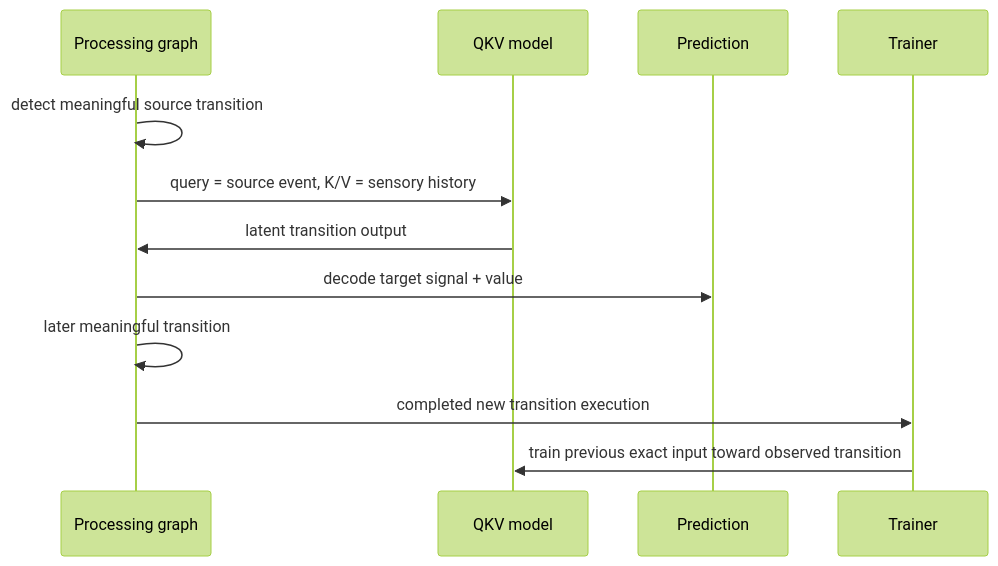
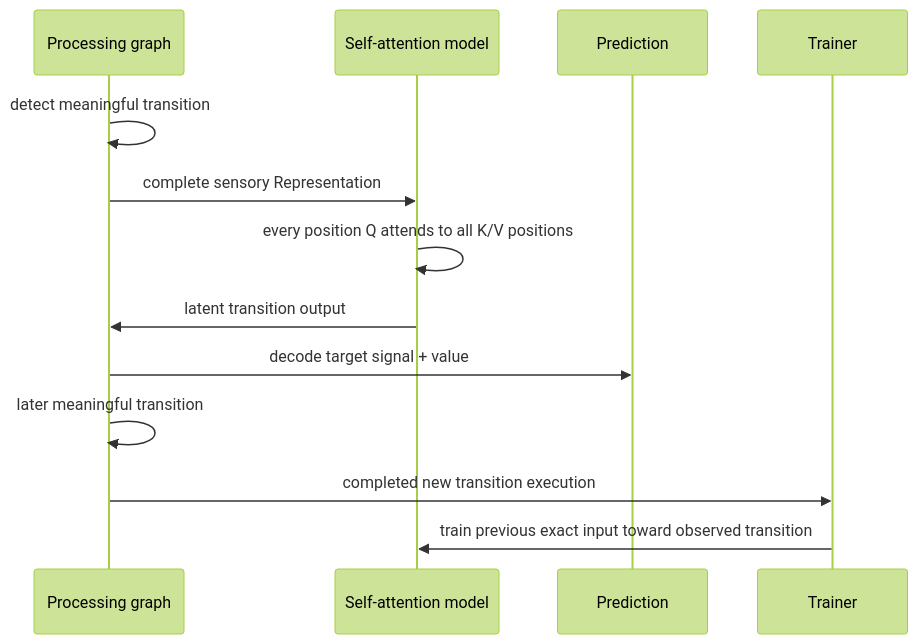
The third of 6 diagrams in docs/expectations.md (skasti/skyn-vaettr), drawn with Mermaid (forest theme) before and after one commit. The commit also changed other lines of this file, not shown here.

Commit message:
docs: describe self-attention transition baseline

````diff
--- a/docs/expectations.md
+++ b/docs/expectations.md
@@ -60,15 +62,16 @@
 ```mermaid
 sequenceDiagram
     participant G as Processing graph
-    participant M as QKV model
+    participant M as Self-attention model
     participant P as Prediction
     participant T as Trainer
 
-    G->>G: detect meaningful source transition
-    G->>M: query = source event, K/V = sensory history
+    G->>G: detect meaningful transition
+    G->>M: complete sensory Representation
+    M->>M: every position Q attends to all K/V positions
     M->>G: latent transition output
     G->>P: decode target signal + value
     G->>G: later meaningful transition
     G->>T: completed new transition execution
     T->>M: train previous exact input toward observed transition
 ```
````
